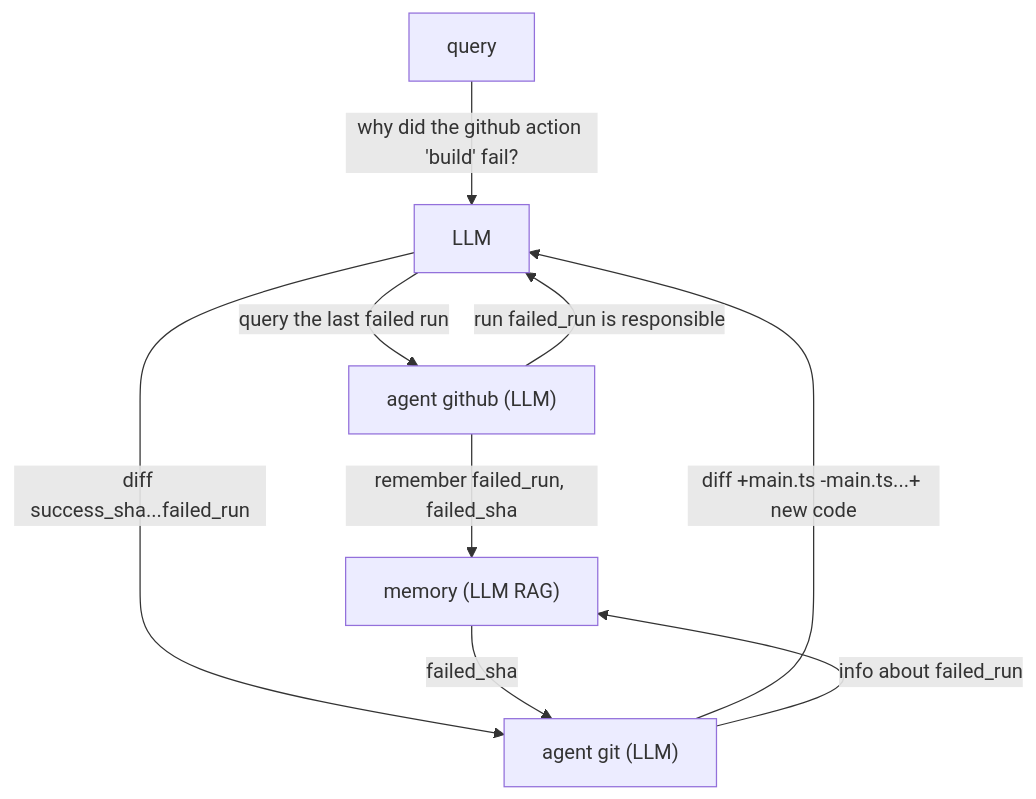
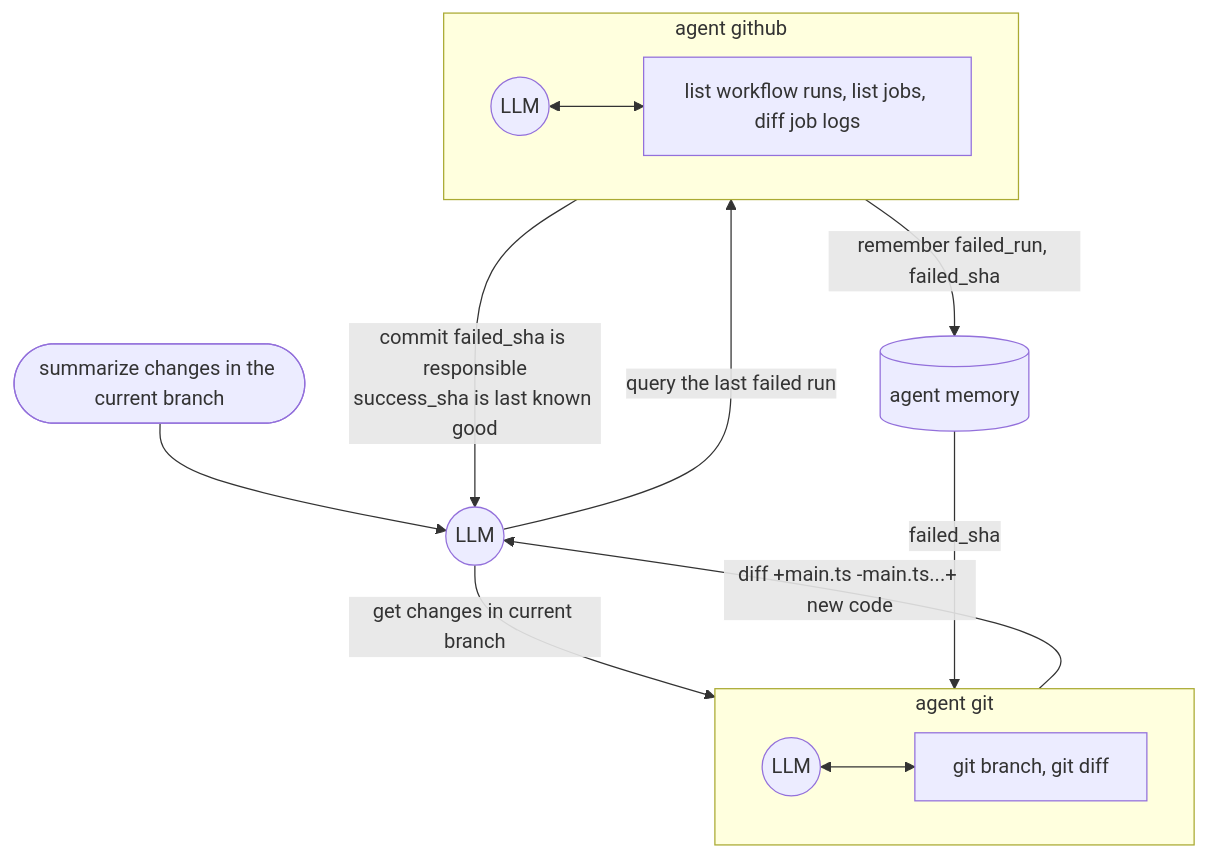
Before and after one commit to microsoft/genaiscript: the fourth of 4 diagrams in docs/src/content/docs/reference/scripts/agents.mdx, drawn with Mermaid. The commit also changed other lines of this file, not shown here.

Commit message:
Update mermaid diagrams to new flowchart syntax and structure 📊💡

````diff
--- a/docs/src/content/docs/reference/scripts/agents.mdx
+++ b/docs/src/content/docs/reference/scripts/agents.mdx
@@ -85,15 +88,22 @@
 ```mermaid
 flowchart TD
-    query["query"] -->  |"why did the github action 'build' fail?"| LLM
+    query(["summarize changes in the current branch"]) --> LLM((LLM))
 
-    LLM --> |"query the last failed run"| agent_github["agent github (LLM)"]
-    agent_github --> |"run failed_run is responsible"| LLM
-
-
-    LLM --> |"diff success_sha...failed_run"| agent_git["agent git (LLM)"]
+    LLM --> |"get changes in current branch"| agent_git
     agent_git --> |"diff +main.ts -main.ts...+ new code"| LLM
 
+    subgraph agent_git ["agent git"]
+        agent_git_LLM((LLM)) <--> git_tools["git branch, git diff"]
+    end
+
+    LLM --> |"query the last failed run"| agent_github
+    agent_github --> |"commit failed_sha is responsible\nsuccess_sha is last known good"| LLM
+    subgraph agent_github ["agent github"]
+        agent_github_LLM((LLM)) <--> github_tools["list workflow runs, list jobs, diff job logs"]
+    end
+
+    memory[(agent memory)]
+    memory ---> |"failed_sha"| agent_git
     agent_github --> |"remember failed_run, failed_sha"| memory
-    agent_git --> |"info about failed_run"| memory["memory (LLM RAG)"]
-    memory --> |"failed_sha"| agent_git
+
 ```
````
